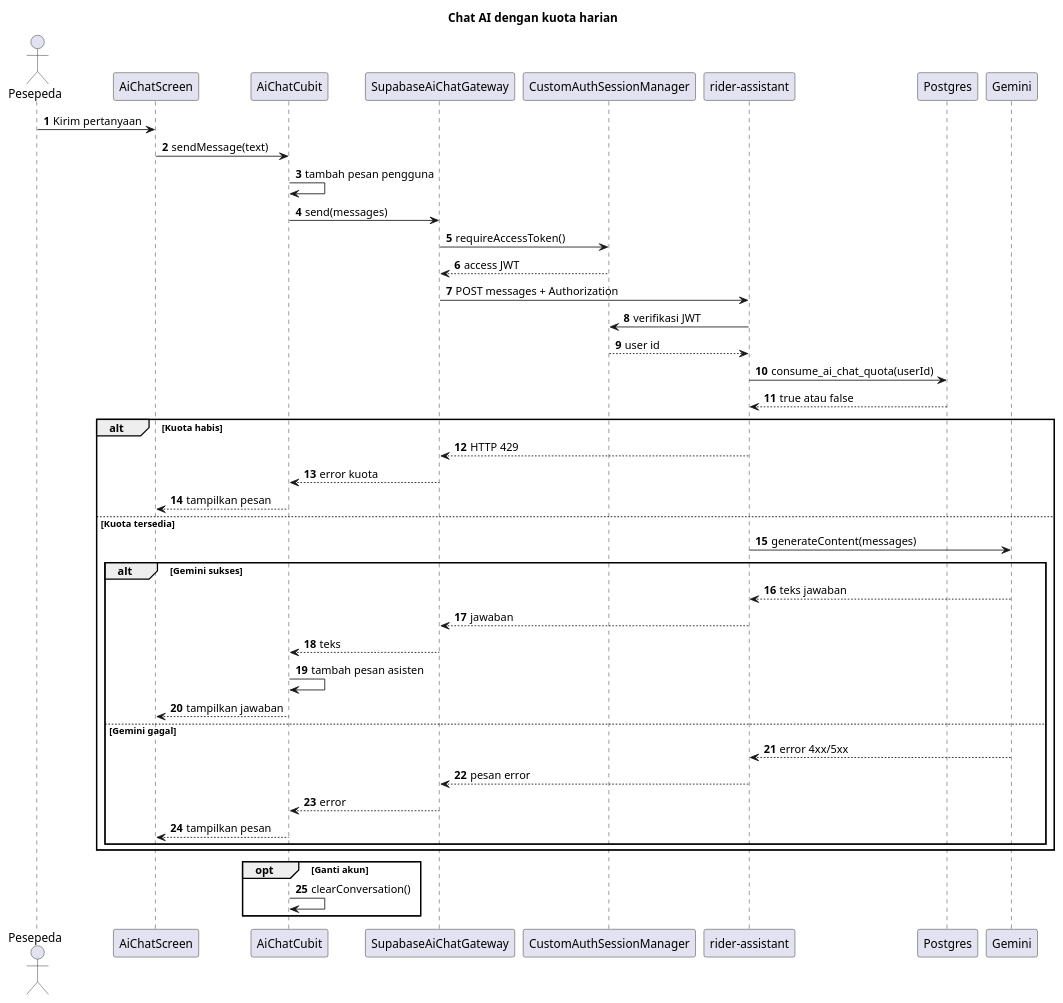
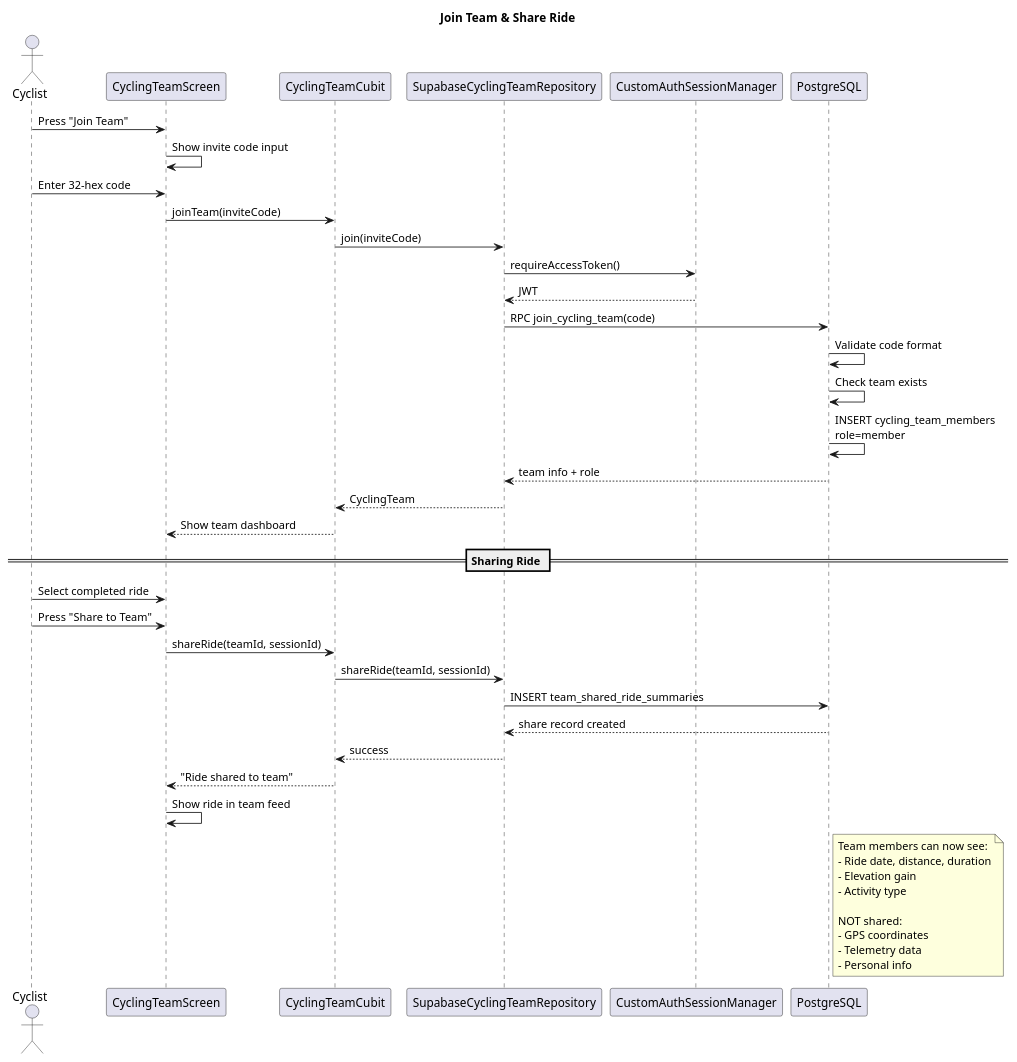
Before and after one commit to IvandryPage/senapath-app: the seventh of 8 diagrams in docs/UML.md, drawn with PlantUML. The commit also changed other lines of this file and 119 other files, not shown here.

````diff
--- a/docs/UML.md
+++ b/docs/UML.md
@@ -755,51 +733,57 @@
 ```plantuml
 @startuml
-title Chat AI dengan kuota harian
-autonumber
+title Join Team & Share Ride
 
-actor "Pesepeda" as User
-participant "AiChatScreen" as UI
-participant "AiChatCubit" as Cubit
-participant "SupabaseAiChatGateway" as Gateway
+actor Cyclist
+participant "CyclingTeamScreen" as UI
+participant "CyclingTeamCubit" as Cubit
+participant "SupabaseCyclingTeamRepository" as Repo
 participant "CustomAuthSessionManager" as Session
-participant "rider-assistant" as Fn
-participant "Postgres" as DB
-participant "Gemini" as Gemini
+participant "PostgreSQL" as DB
 
-User -> UI : Kirim pertanyaan
-UI -> Cubit : sendMessage(text)
-Cubit -> Cubit : tambah pesan pengguna
-Cubit -> Gateway : send(messages)
-Gateway -> Session : requireAccessToken()
-Session --> Gateway : access JWT
-Gateway -> Fn : POST messages + Authorization
-Fn -> Session : verifikasi JWT
-Session --> Fn : user id
-Fn -> DB : consume_ai_chat_quota(userId)
-DB --> Fn : true atau false
+Cyclist -> UI: Press "Join Team"
+UI -> UI: Show invite code input
+Cyclist -> UI: Enter 32-hex code
+UI -> Cubit: joinTeam(inviteCode)
 
-alt Kuota habis
-  Fn --> Gateway : HTTP 429
-  Gateway --> Cubit : error kuota
-  Cubit --> UI : tampilkan pesan
-else Kuota tersedia
-  Fn -> Gemini : generateContent(messages)
-  alt Gemini sukses
-    Gemini --> Fn : teks jawaban
-    Fn --> Gateway : jawaban
-    Gateway --> Cubit : teks
-    Cubit -> Cubit : tambah pesan asisten
-    Cubit --> UI : tampilkan jawaban
-  else Gemini gagal
-    Gemini --> Fn : error 4xx/5xx
-    Fn --> Gateway : pesan error
-    Gateway --> Cubit : error
-    Cubit --> UI : tampilkan pesan
-  end
-end
+Cubit -> Repo: join(inviteCode)
+Repo -> Session: requireAccessToken()
+Session --> Repo: JWT
 
-opt Ganti akun
-  Cubit -> Cubit : clearConversation()
-end
+Repo -> DB: RPC join_cycling_team(code)
+DB -> DB: Validate code format
+DB -> DB: Check team exists
+DB -> DB: INSERT cycling_team_members\nrole=member
+DB --> Repo: team info + role
+Repo --> Cubit: CyclingTeam
+
+Cubit --> UI: Show team dashboard
+
+== Sharing Ride ==
+
+Cyclist -> UI: Select completed ride
+Cyclist -> UI: Press "Share to Team"
+UI -> Cubit: shareRide(teamId, sessionId)
+
+Cubit -> Repo: shareRide(teamId, sessionId)
+Repo -> DB: INSERT team_shared_ride_summaries
+DB --> Repo: share record created
+Repo --> Cubit: success
+
+Cubit --> UI: "Ride shared to team"
+UI -> UI: Show ride in team feed
+
+note right of DB
+  Team members can now see:
+  - Ride date, distance, duration
+  - Elevation gain
+  - Activity type
+  
+  NOT shared:
+  - GPS coordinates
+  - Telemetry data
+  - Personal info
+end note
+
 @enduml
 ```
````
